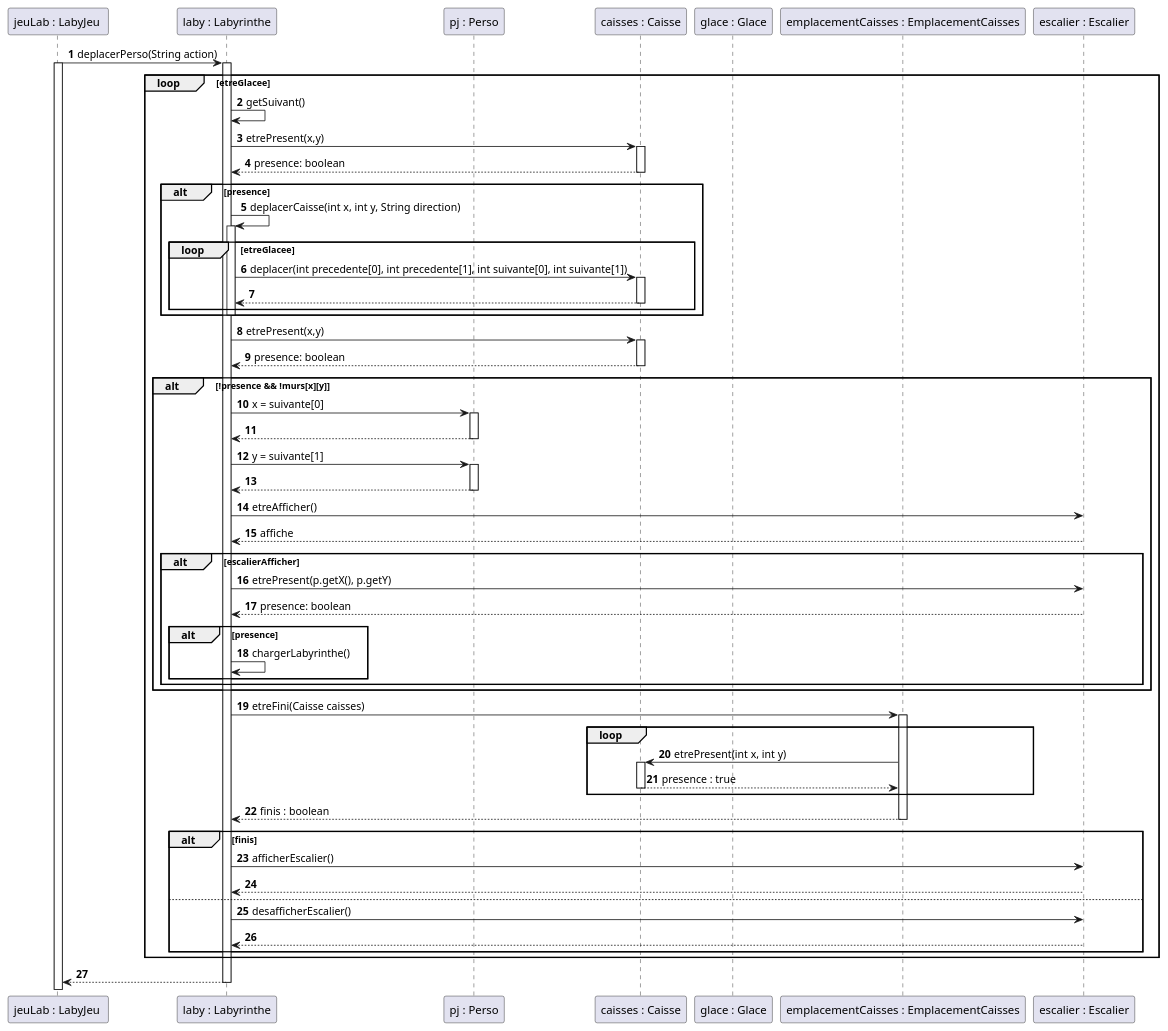
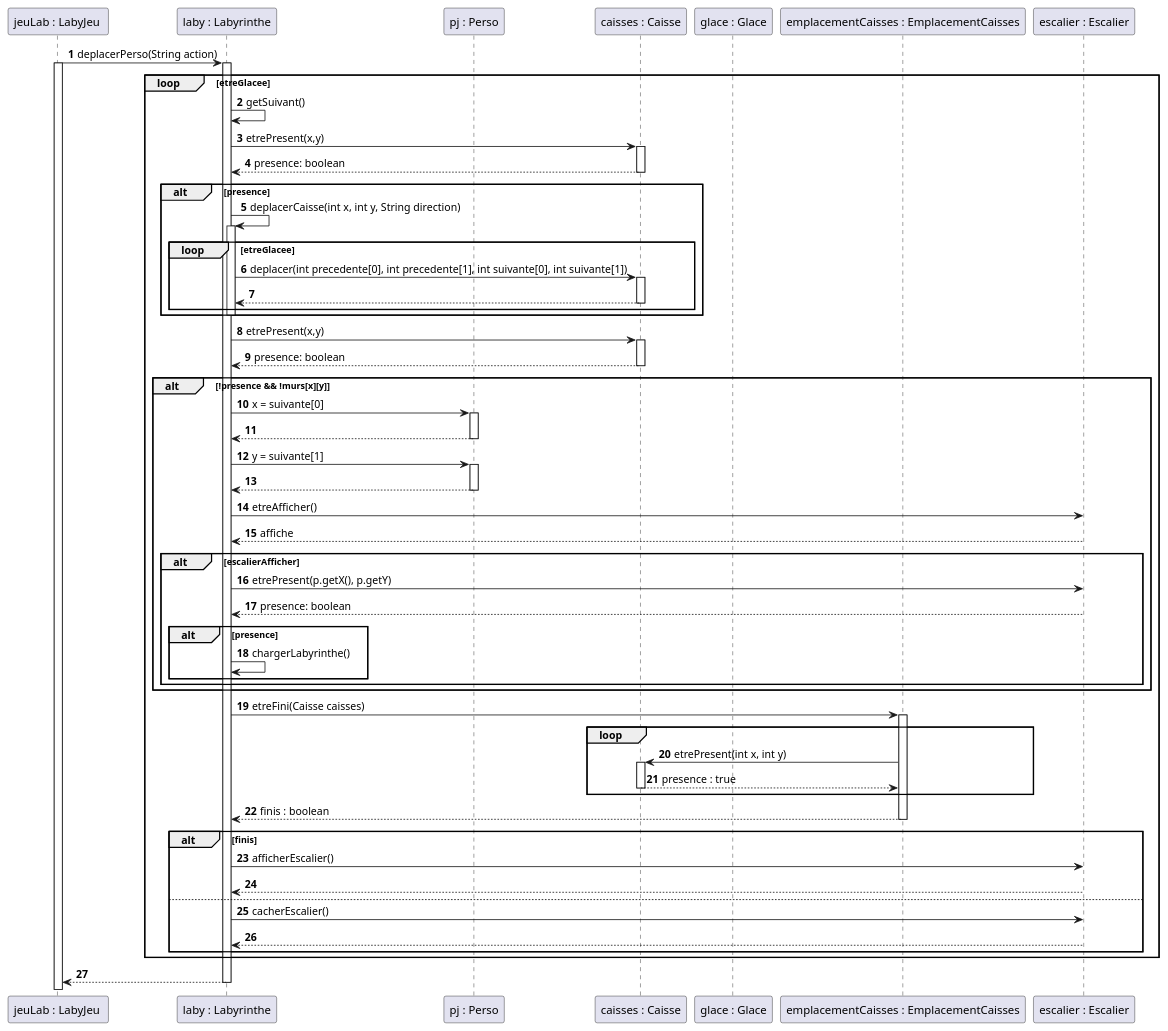
One commit to Flotss/Zeldiablo changed the diagram in documents/version_5/Diagramme sequence Gestion Escalier.puml. Above: the diagram before and after it, drawn with PlantUML. The commit also changed 4 other files, not shown here.

Commit message:
update diagrammes & LabyDessin

```diff
--- a/documents/version_5/Diagramme sequence Gestion Escalier.puml
+++ b/documents/version_5/Diagramme sequence Gestion Escalier.puml
@@ -1,89 +1,89 @@
 @startuml
 'https://plantuml.com/sequence-diagram
 participant "jeuLab : LabyJeu " as lj
 participant "laby : Labyrinthe" as l
 participant "pj : Perso" as p
 participant "caisses : Caisse" as c
 participant "glace : Glace" as g
 participant "emplacementCaisses : EmplacementCaisses" as ep
 participant "escalier : Escalier" as e
 
 autonumber
 
 lj -> l : deplacerPerso(String action)
 activate lj
 activate l
 loop etreGlacee
     l -> l : getSuivant()
     l -> c : etrePresent(x,y)
     activate c
     l <-- c : presence: boolean
     deactivate c
 
 
     alt presence
         l -> l : deplacerCaisse(int x, int y, String direction)
         activate l
         loop etreGlacee
             l -> c : deplacer(int precedente[0], int precedente[1], int suivante[0], int suivante[1])
             activate c
             l <-- c
             deactivate c
         end
         deactivate l
 
     end
     l -> c : etrePresent(x,y)
     activate c
     l <-- c : presence: boolean
     deactivate c
 
     alt !presence && !murs[x][y]
 
         l -> p : x = suivante[0]
         activate p
         l <-- p
         deactivate p
         l -> p : y = suivante[1]
         activate p
         l <-- p
         deactivate p
         l -> e: etreAfficher()
         l <-- e: affiche
         alt escalierAfficher
             l -> e : etrePresent(p.getX(), p.getY)
             l <-- e : presence: boolean
             alt presence
                     l -> l: chargerLabyrinthe()
             end
         end
     end
 
 
     l -> ep : etreFini(Caisse caisses)
         activate ep
         loop
         ep -> c : etrePresent(int x, int y)
         activate c
         ep <-- c : presence : true
         deactivate c
         end
     l <-- ep : finis : boolean
     deactivate ep
 
     alt finis
         l -> e: afficherEscalier()
         l <-- e
     else
-        l ->e: desafficherEscalier()
+        l ->e: cacherEscalier()
         l <-- e
     end
 end
 lj <-- l
 deactivate l
 
 
 
 
 
 @enduml
```
